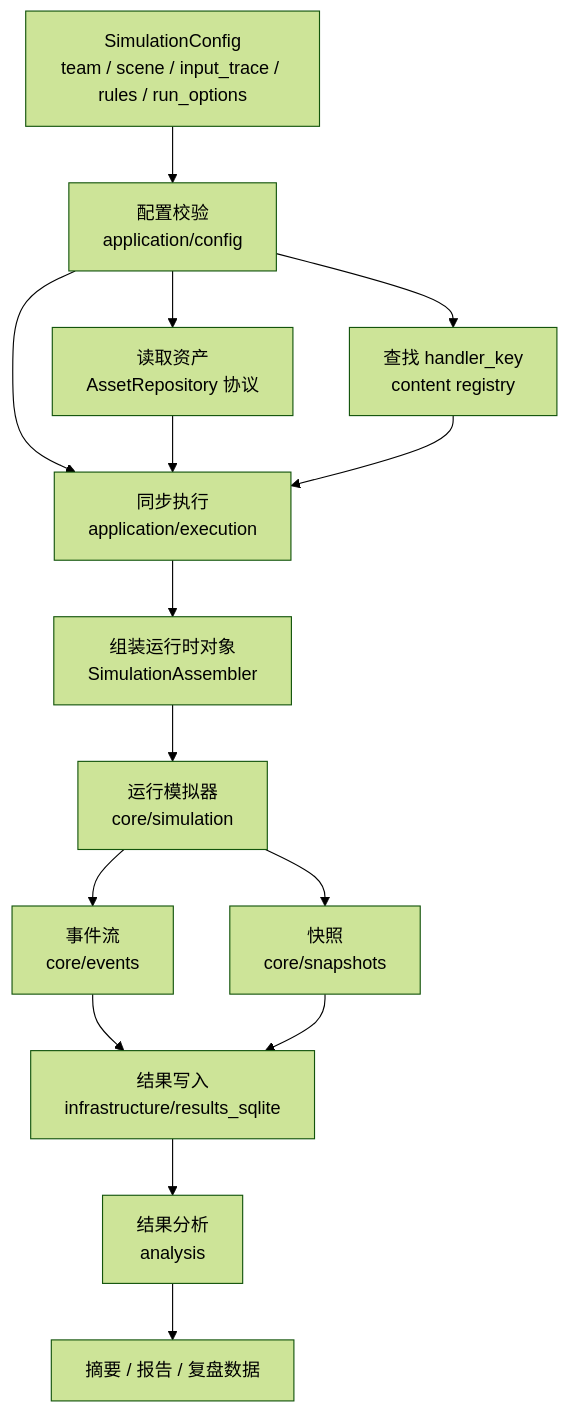
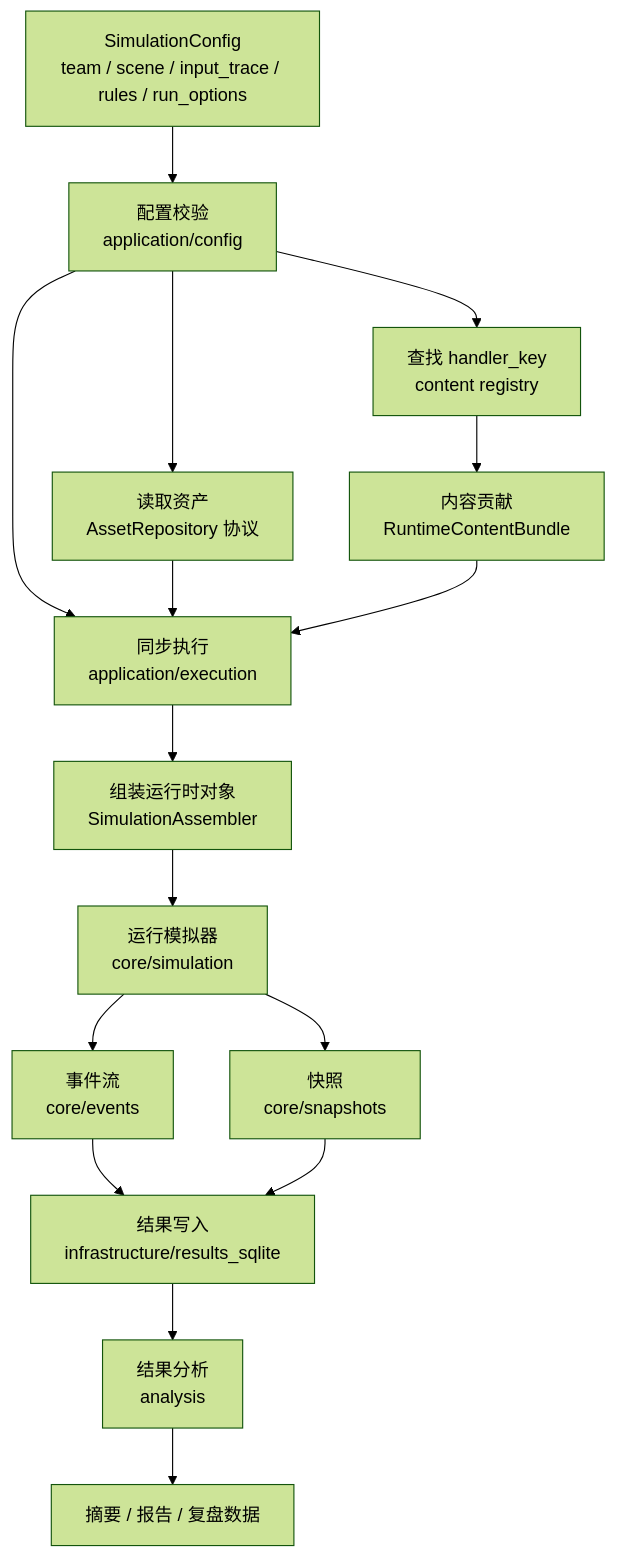
The second of 4 diagrams in docs/架构/当前项目架构流程图.md (MCZME/Genshin-Simulation-Lab), drawn with Mermaid (forest theme) before and after one commit. The commit also changed other lines of this file and 35 other files, not shown here.

````diff
--- a/docs/架构/当前项目架构流程图.md
+++ b/docs/架构/当前项目架构流程图.md
@@ -63,30 +65,32 @@
 ```mermaid
 flowchart TD
     CONFIG["SimulationConfig<br/>team / scene / input_trace / rules / run_options"]
     VALIDATE["配置校验<br/>application/config"]
     ASSET_READ["读取资产<br/>AssetRepository 协议"]
     HANDLER["查找 handler_key<br/>content registry"]
+    CONTENT_BUNDLE["内容贡献<br/>RuntimeContentBundle"]
     EXECUTE["同步执行<br/>application/execution"]
     ASSEMBLE["组装运行时对象<br/>SimulationAssembler"]
     RUN["运行模拟器<br/>core/simulation"]
     EVENTS["事件流<br/>core/events"]
     SNAPSHOT["快照<br/>core/snapshots"]
     RESULT_WRITE["结果写入<br/>infrastructure/results_sqlite"]
     ANALYZE["结果分析<br/>analysis"]
     OUTPUT["摘要 / 报告 / 复盘数据"]
 
     CONFIG --> VALIDATE
     VALIDATE --> ASSET_READ
     VALIDATE --> HANDLER
     VALIDATE --> EXECUTE
     ASSET_READ --> EXECUTE
-    HANDLER --> EXECUTE
+    HANDLER --> CONTENT_BUNDLE
+    CONTENT_BUNDLE --> EXECUTE
     EXECUTE --> ASSEMBLE
     ASSEMBLE --> RUN
     RUN --> EVENTS
     RUN --> SNAPSHOT
     EVENTS --> RESULT_WRITE
     SNAPSHOT --> RESULT_WRITE
     RESULT_WRITE --> ANALYZE
     ANALYZE --> OUTPUT
 ```
````
